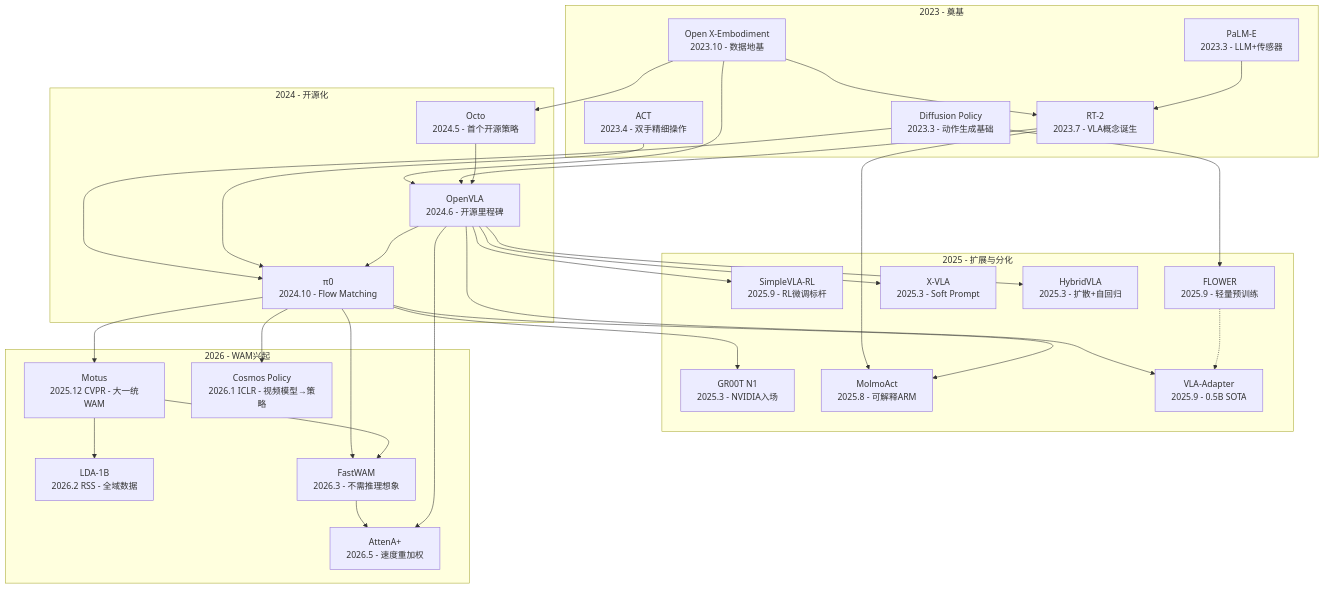
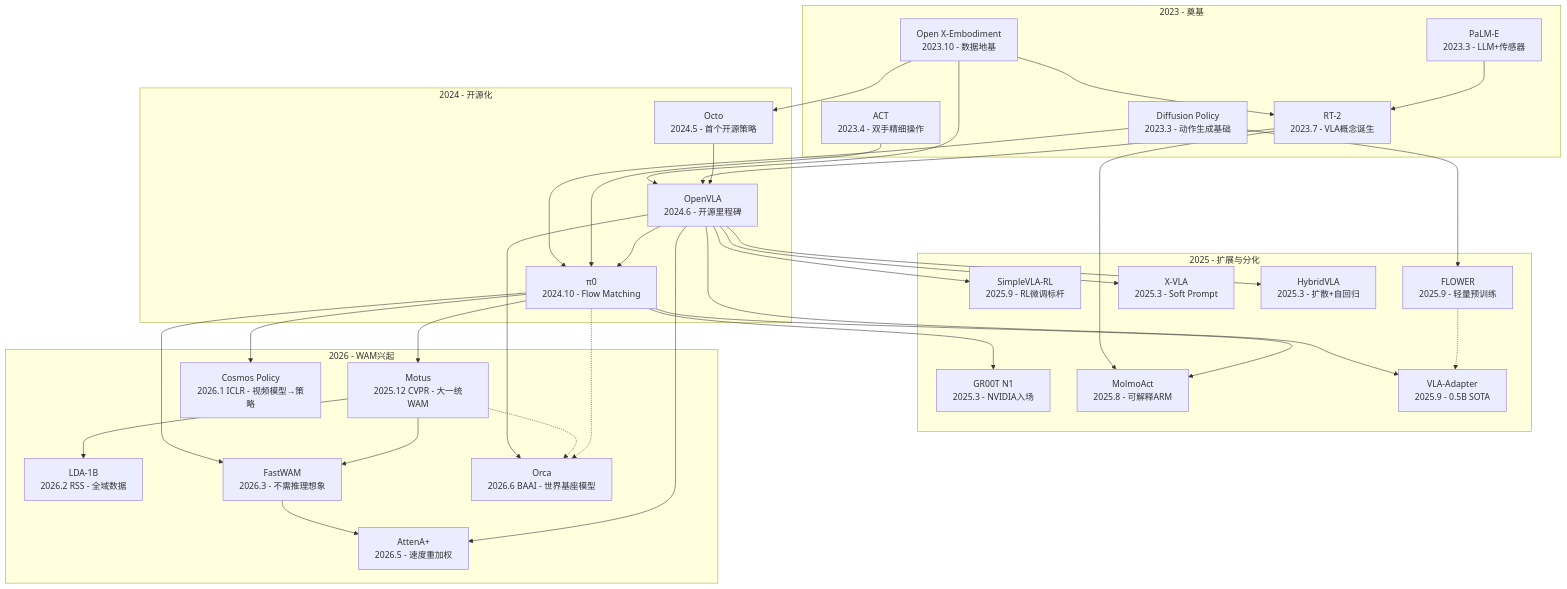
The diagram in 08_DL基础及论文进阶/02_具身智能/具身智能论文精讲.md (priceHE2002/Obsidian), drawn with Mermaid before and after one commit. The commit also changed other lines of this file and 10 other files, not shown here.

````diff
--- a/08_DL基础及论文进阶/02_具身智能/具身智能论文精讲.md
+++ b/08_DL基础及论文进阶/02_具身智能/具身智能论文精讲.md
@@ -801,60 +832,64 @@
 ```mermaid
 graph TD
     subgraph "2023 - 奠基"
         OXE["Open X-Embodiment<br/>2023.10 - 数据地基"]
         PaLM_E["PaLM-E<br/>2023.3 - LLM+传感器"]
         RT2["RT-2<br/>2023.7 - VLA概念诞生"]
         DP["Diffusion Policy<br/>2023.3 - 动作生成基础"]
         ACT["ACT<br/>2023.4 - 双手精细操作"]
     end
 
     subgraph "2024 - 开源化"
         Octo["Octo<br/>2024.5 - 首个开源策略"]
         OpenVLA["OpenVLA<br/>2024.6 - 开源里程碑"]
         Pi0["π0<br/>2024.10 - Flow Matching"]
     end
 
     subgraph "2025 - 扩展与分化"
         GR00T["GR00T N1<br/>2025.3 - NVIDIA入场"]
         MolmoAct["MolmoAct<br/>2025.8 - 可解释ARM"]
         SimpleVLA["SimpleVLA-RL<br/>2025.9 - RL微调标杆"]
         FLOWER["FLOWER<br/>2025.9 - 轻量预训练"]
         X_VLA["X-VLA<br/>2025.3 - Soft Prompt"]
         HybridVLA["HybridVLA<br/>2025.3 - 扩散+自回归"]
         VLAAdapter["VLA-Adapter<br/>2025.9 - 0.5B SOTA"]
     end
 
     subgraph "2026 - WAM兴起"
         Motus["Motus<br/>2025.12 CVPR - 大一统WAM"]
         CosmosPolicy["Cosmos Policy<br/>2026.1 ICLR - 视频模型→策略"]
         LDA["LDA-1B<br/>2026.2 RSS - 全域数据"]
         FastWAM["FastWAM<br/>2026.3 - 不需推理想象"]
         AttenA["AttenA+<br/>2026.5 - 速度重加权"]
+        Orca["Orca<br/>2026.6 BAAI - 世界基座模型"]
     end
 
     OXE --> Octo
     OXE --> OpenVLA
     OXE --> RT2
     PaLM_E --> RT2
     RT2 --> OpenVLA
     RT2 --> MolmoAct
     DP --> Pi0
     ACT --> Pi0
     Octo --> OpenVLA
     OpenVLA --> Pi0
     OpenVLA --> SimpleVLA
     OpenVLA --> VLAAdapter
     OpenVLA --> HybridVLA
     OpenVLA --> X_VLA
     Pi0 --> GR00T
     Pi0 --> Motus
     Pi0 --> FastWAM
     Pi0 --> CosmosPolicy
     Pi0 --> MolmoAct
     DP --> FLOWER
     FLOWER -.-> VLAAdapter
     Motus --> LDA
     Motus --> FastWAM
     FastWAM --> AttenA
     OpenVLA --> AttenA
+    OpenVLA --> Orca
+    Motus -.-> Orca
+    Pi0 -.-> Orca
 ```
````
